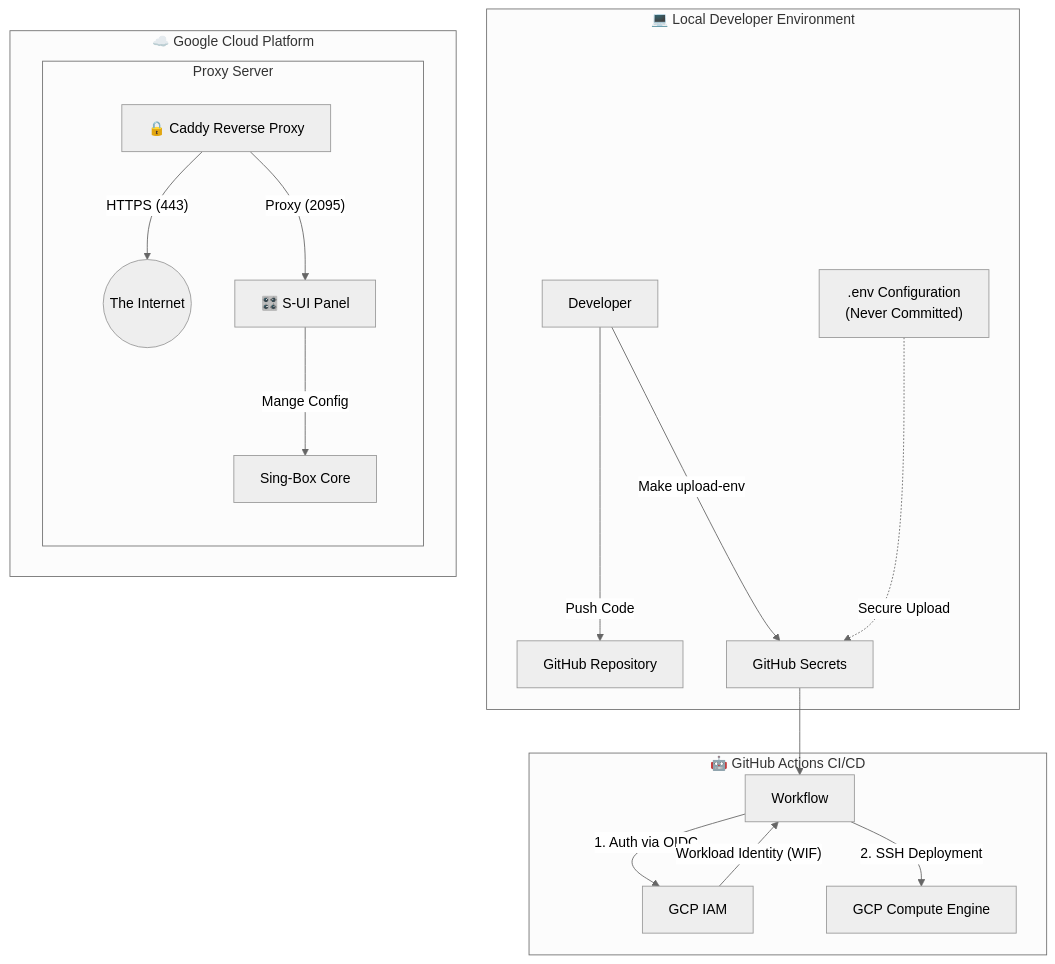
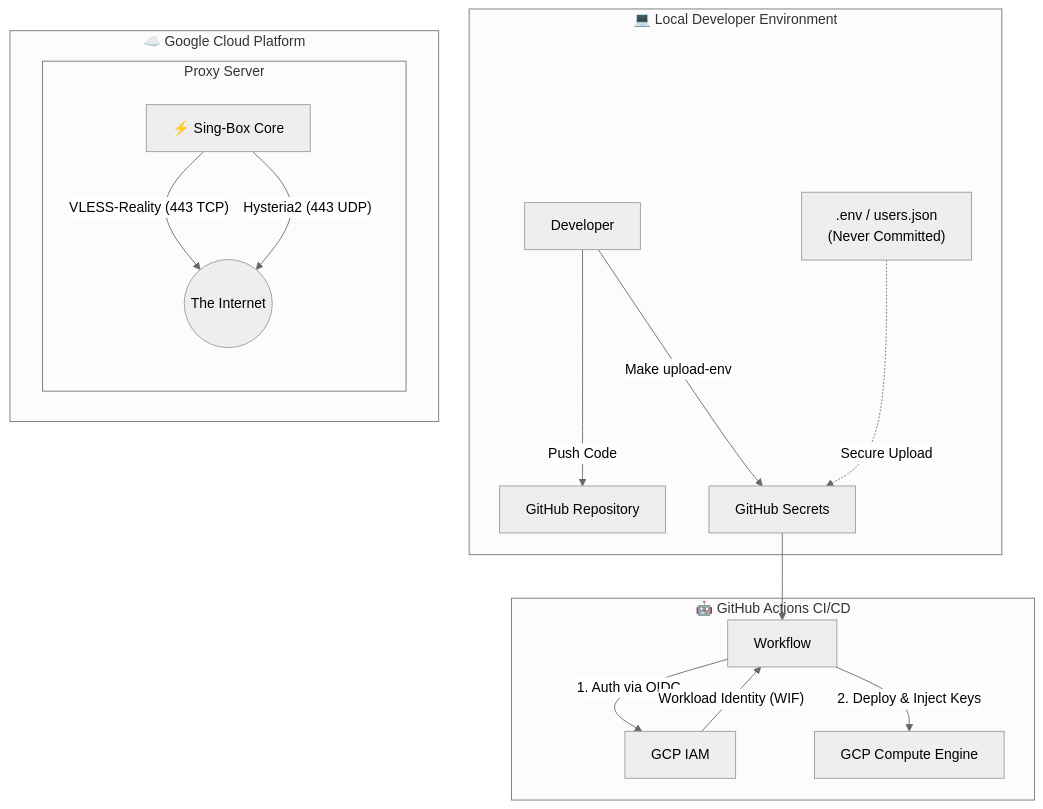
One commit to kyson-dev/proxy-builder changed the diagram in README.md. Above: the diagram before and after it, drawn with Mermaid (neutral theme). The commit also changed other lines of this file and 32 other files, not shown here.

Commit message:
refactor: migrate to sing-box native architecture, remove S-UI and Caddy

````diff
--- a/README.md
+++ b/README.md
@@ -26,28 +26,26 @@
 ```mermaid
 graph TD
     subgraph Local[💻 Local Developer Environment]
         Dev[Developer] --> |Push Code| GH[GitHub Repository]
         Dev --> |"Make upload-env"| Secrets[GitHub Secrets]
-        note1[".env Configuration\n(Never Committed)"] -.-> |Secure Upload| Secrets
+        note1[".env / users.json\n(Never Committed)"] -.-> |Secure Upload| Secrets
     end
 
     subgraph CI[🤖 GitHub Actions CI/CD]
         GA[Workflow] --> |"1. Auth via OIDC"| GCP_IAM[GCP IAM]
-        GA --> |"2. SSH Deployment"| VM[GCP Compute Engine]
+        GA --> |"2. Deploy & Inject Keys"| VM[GCP Compute Engine]
     end
 
     subgraph Cloud[☁️ Google Cloud Platform]
         GCP_IAM -- "Workload Identity (WIF)" --> GA
         
         subgraph Instance[Proxy Server]
-            Caddy[🔒 Caddy Reverse Proxy]
-            S_UI[🎛️ S-UI Panel]
+            Core[⚡ Sing-Box Core]
             
-            Caddy -- "HTTPS (443)" --> User((The Internet))
-            Caddy -- "Proxy (2095)" --> S_UI
-            S_UI -- "Mange Config" --> Core[Sing-Box Core]
+            Core -- "VLESS-Reality (443 TCP)" --> User((The Internet))
+            Core -- "Hysteria2 (443 UDP)" --> User
         end
     end
     
     Secrets --> GA
 ```
````
